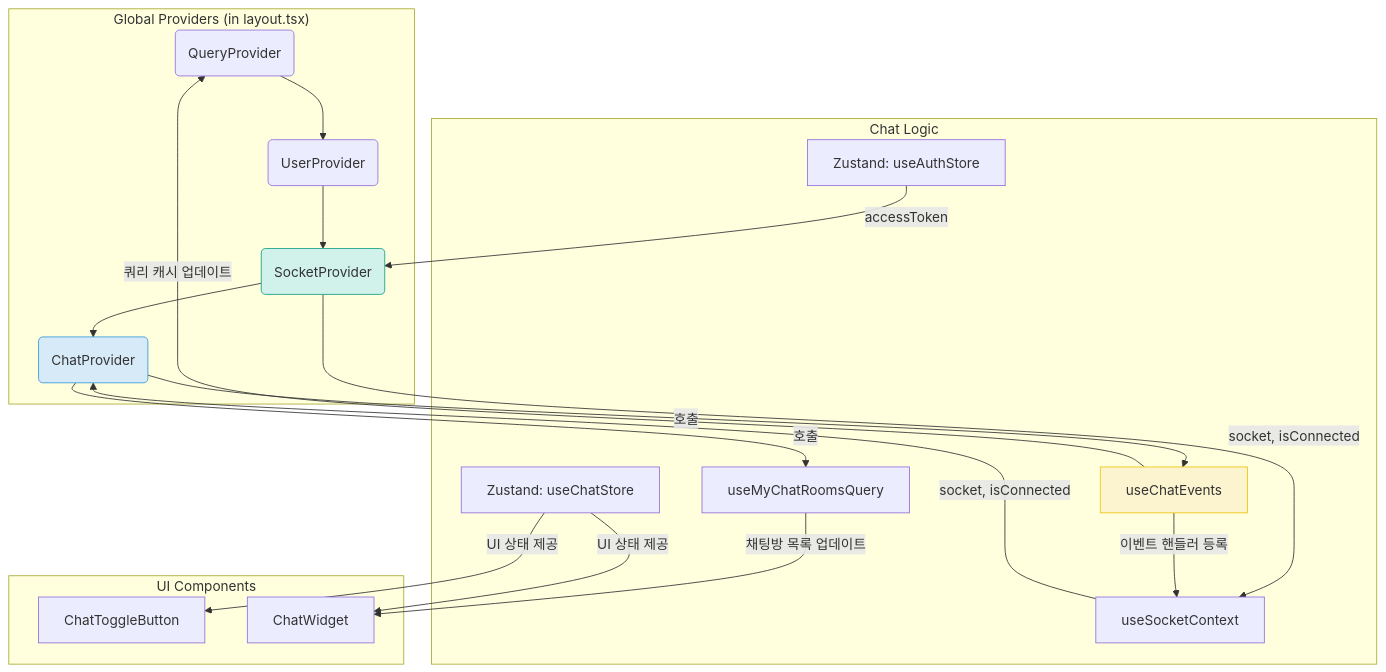
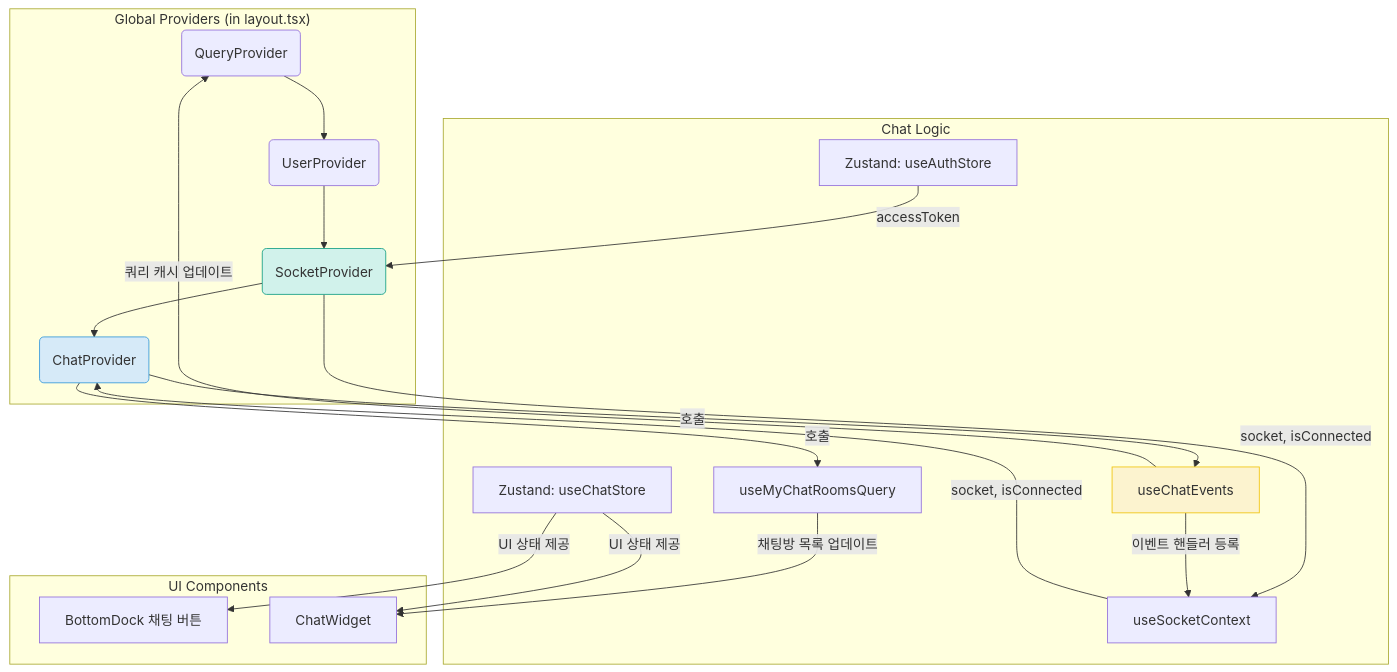
The first of 2 diagrams in apps/web/src/features/chat/README.md (Yoo-su/bookjeok), drawn with Mermaid before and after one commit. The commit also changed other lines of this file and 51 other files, not shown here.

````diff
--- a/apps/web/src/features/chat/README.md
+++ b/apps/web/src/features/chat/README.md
@@ -76,36 +79,36 @@
 ```mermaid
 graph TD
     subgraph "Global Providers (in layout.tsx)"
         A(QueryProvider) --> B(UserProvider);
         B --> C(SocketProvider);
         C --> D(ChatProvider);
     end
 
     subgraph "Chat Logic"
         E[useMyChatRoomsQuery]
         F[useChatEvents]
         G[useSocketContext]
         H[Zustand: useAuthStore]
         I[Zustand: useChatStore]
     end
 
     subgraph "UI Components"
-        J[ChatToggleButton]
+        J[BottomDock 채팅 버튼]
         K[ChatWidget]
     end
 
     H -- "accessToken" --> C;
     C -- "socket, isConnected" --> G;
     G -- "socket, isConnected" --> D;
     D -- "호출" --> E;
     D -- "호출" --> F;
     F -- "이벤트 핸들러 등록" --> G;
     E -- "채팅방 목록 업데이트" --> K;
     F -- "쿼리 캐시 업데이트" --> A;
     I -- "UI 상태 제공" --> J;
     I -- "UI 상태 제공" --> K;
 
     style C fill:#D1F2EB,stroke:#16A085
     style D fill:#D6EAF8,stroke:#3498DB
     style F fill:#FCF3CF,stroke:#F1C40F
 ```
````
